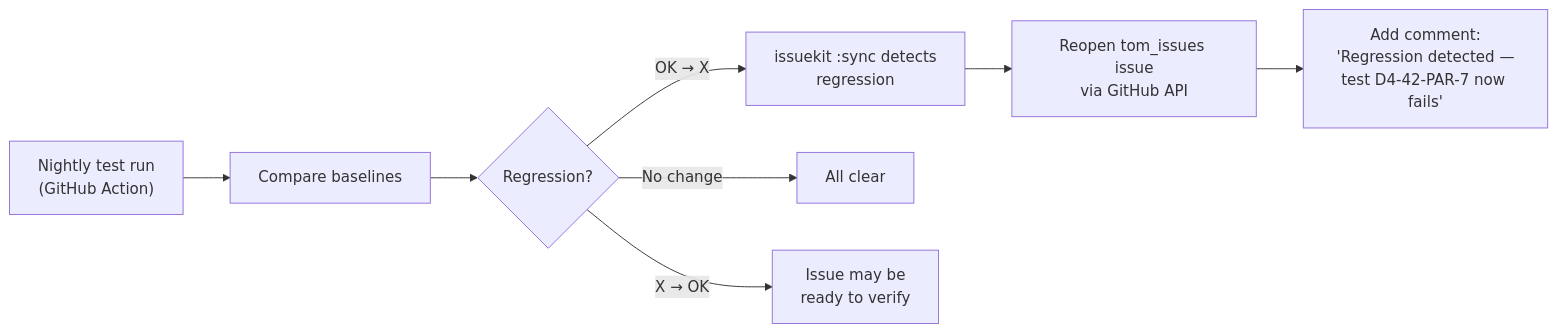
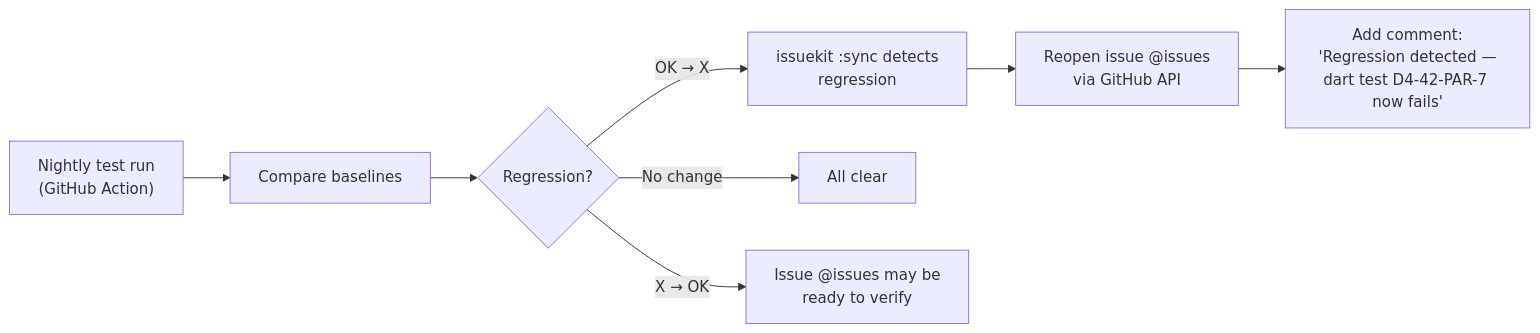
Before and after one commit to al-the-bear/tom_module_basics: the seventh of 10 diagrams in tom_issue_kit/doc/issue_tracking.md, drawn with Mermaid. The commit also changed other lines of this file and 1 other file, not shown here.

First line of the commit message:
docs: architectural redesign — two issue trackers, @issues/@tests/@code terminology, nightly backup

````diff
--- a/tom_issue_kit/doc/issue_tracking.md
+++ b/tom_issue_kit/doc/issue_tracking.md
@@ -745,10 +872,10 @@
 ```mermaid
 graph LR
     A["Nightly test run<br/>(GitHub Action)"] --> B["Compare baselines"]
     B --> C{"Regression?"}
     C -->|"OK → X"| D["issuekit :sync detects<br/>regression"]
-    D --> E["Reopen tom_issues issue<br/>via GitHub API"]
-    E --> F["Add comment:<br/>'Regression detected —<br/>test D4-42-PAR-7 now fails'"]
+    D --> E["Reopen issue @issues<br/>via GitHub API"]
+    E --> F["Add comment:<br/>'Regression detected —<br/>dart test D4-42-PAR-7 now fails'"]
     C -->|"No change"| G["All clear"]
-    C -->|"X → OK"| H["Issue may be<br/>ready to verify"]
+    C -->|"X → OK"| H["Issue @issues may be<br/>ready to verify"]
 ```
````
